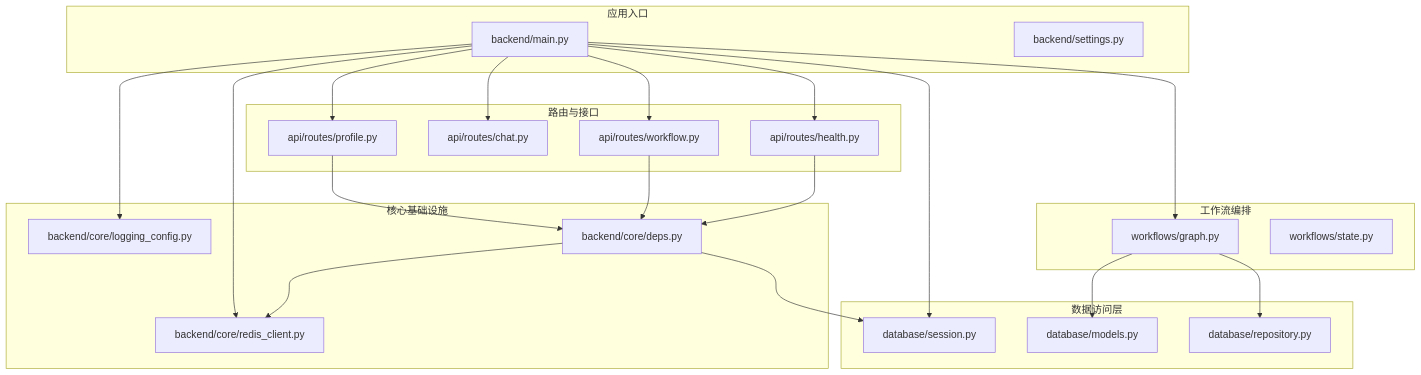
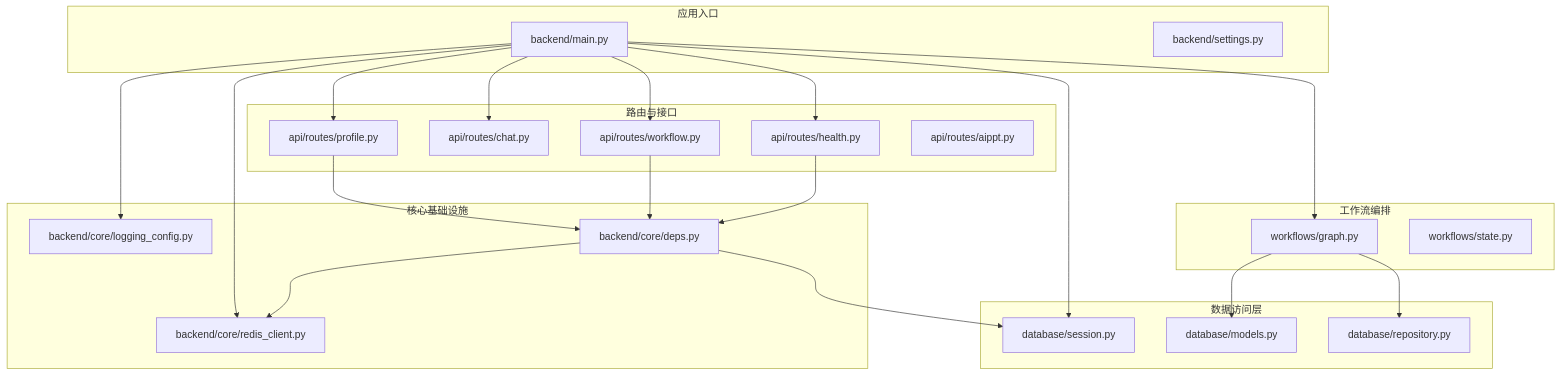
One commit to GZXchina/EduAgent changed the first of 9 diagrams in .qoder/repowiki/zh/content/架构设计/后端架构设计.md. Above: the diagram before and after it, drawn with Mermaid. The commit also changed other lines of this file and 53 other files, not shown here.

Commit message:
feat: 思维导图改用 Markmap 交互式渲染 + 多项功能增强

````diff
--- a/.qoder/repowiki/zh/content/架构设计/后端架构设计.md
+++ b/.qoder/repowiki/zh/content/架构设计/后端架构设计.md
@@ -49,42 +49,43 @@
 ```mermaid
 graph TB
 subgraph "应用入口"
 MAIN["backend/main.py"]
 SETTINGS["backend/settings.py"]
 end
 subgraph "核心基础设施"
 LOGCFG["backend/core/logging_config.py"]
 REDIS["backend/core/redis_client.py"]
 DEPS["backend/core/deps.py"]
 end
 subgraph "数据访问层"
 DBSESS["database/session.py"]
 MODELS["database/models.py"]
 REPO["database/repository.py"]
 end
 subgraph "路由与接口"
 HEALTH["api/routes/health.py"]
 CHAT["api/routes/chat.py"]
 PROFILE["api/routes/profile.py"]
 WORKFLOW["api/routes/workflow.py"]
+AIPPT["api/routes/aippt.py"]
 end
 subgraph "工作流编排"
 WFGRAPH["workflows/graph.py"]
 WFSTATE["workflows/state.py"]
 end
 MAIN --> LOGCFG
 MAIN --> REDIS
 MAIN --> DBSESS
 MAIN --> HEALTH
 MAIN --> CHAT
 MAIN --> PROFILE
 MAIN --> WORKFLOW
 MAIN --> WFGRAPH
 PROFILE --> DEPS
 WORKFLOW --> DEPS
 HEALTH --> DEPS
 DEPS --> DBSESS
 DEPS --> REDIS
 WFGRAPH --> MODELS
 WFGRAPH --> REPO
 ```
````
